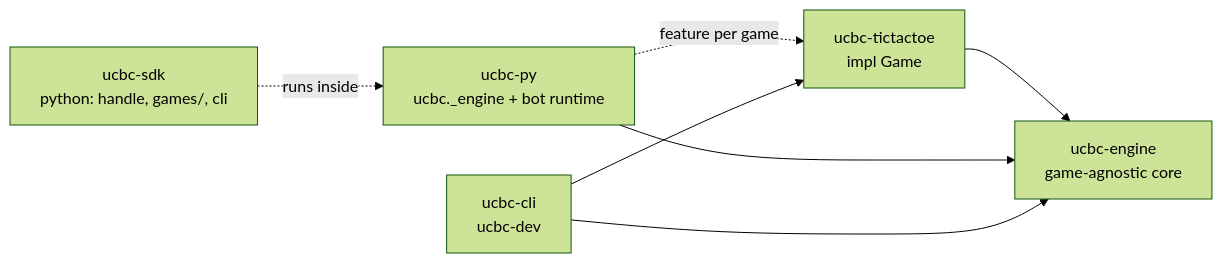
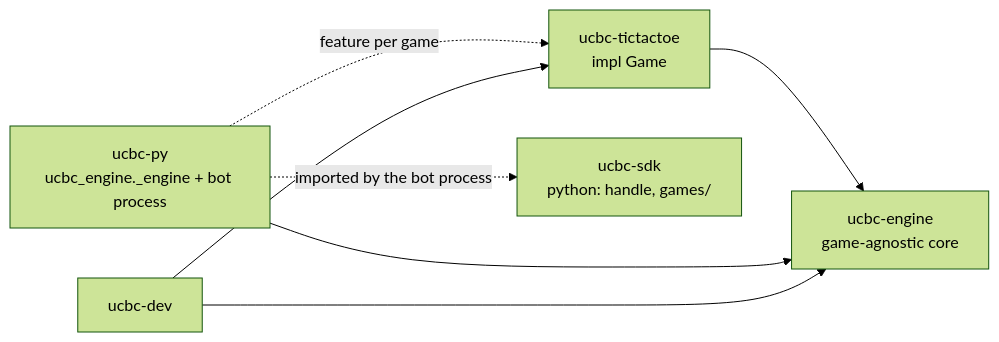
One commit to aheschl1/ucalgarybc2027 changed the first of 4 diagrams in docs/engine.md. Above: the diagram before and after it, drawn with Mermaid (forest theme). The commit also changed other lines of this file and 12 other files, not shown here.

````diff
--- a/docs/engine.md
+++ b/docs/engine.md
@@ -5,14 +5,14 @@
 ```mermaid
 graph LR
     engine[ucbc-engine<br/>game-agnostic core]
     ttt[ucbc-tictactoe<br/>impl Game]
-    py[ucbc-py<br/>ucbc._engine + bot runtime]
-    cli[ucbc-cli<br/>ucbc-dev]
-    sdk[ucbc-sdk<br/>python: handle, games/, cli]
+    py[ucbc-py<br/>ucbc_engine._engine + bot process]
+    cli[ucbc-dev]
+    sdk[ucbc-sdk<br/>python: handle, games/]
     ttt --> engine
     py --> engine
     py -. feature per game .-> ttt
     cli --> engine
     cli --> ttt
-    sdk -. runs inside .-> py
+    py -. imported by the bot process .-> sdk
 ```
````
